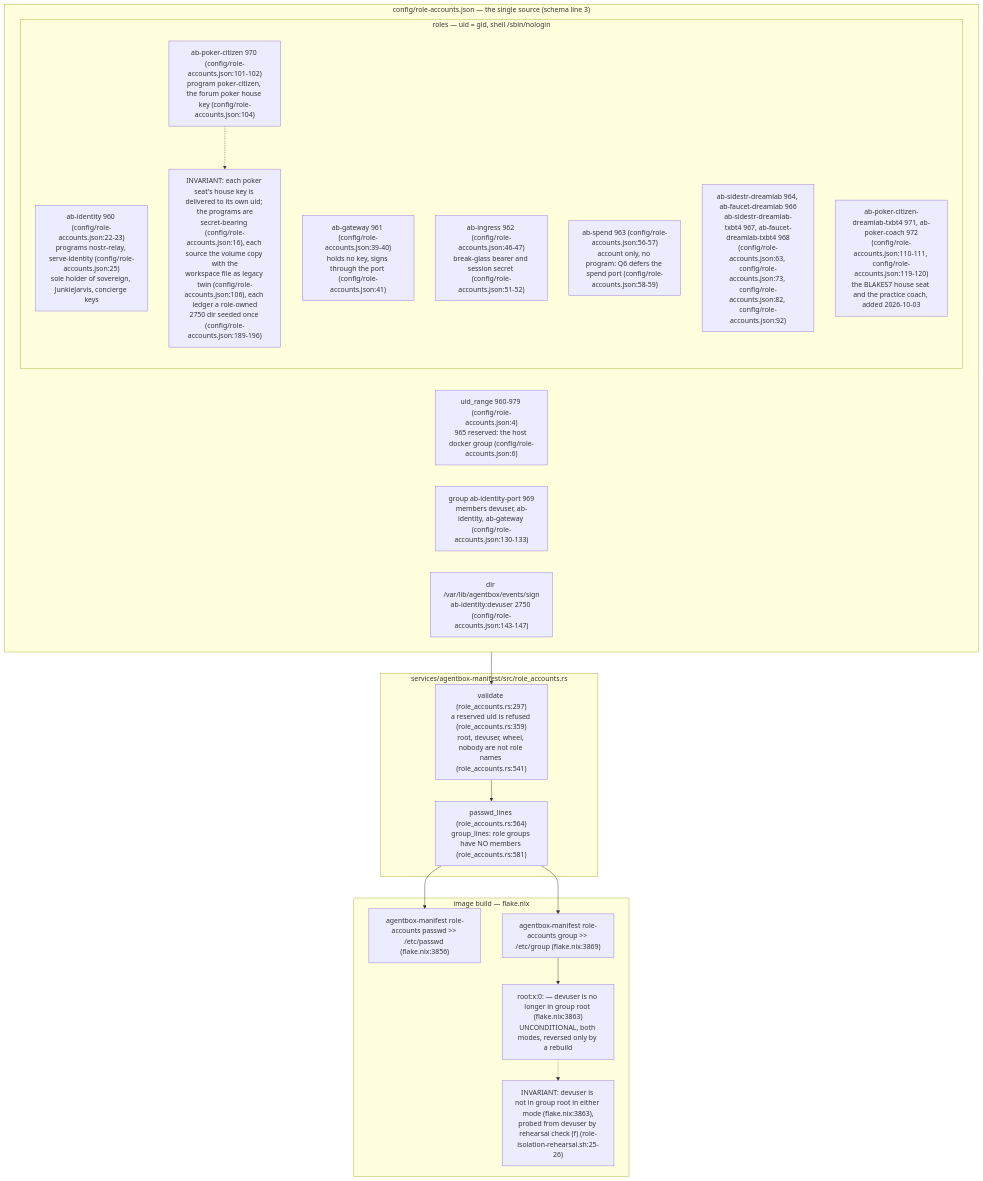
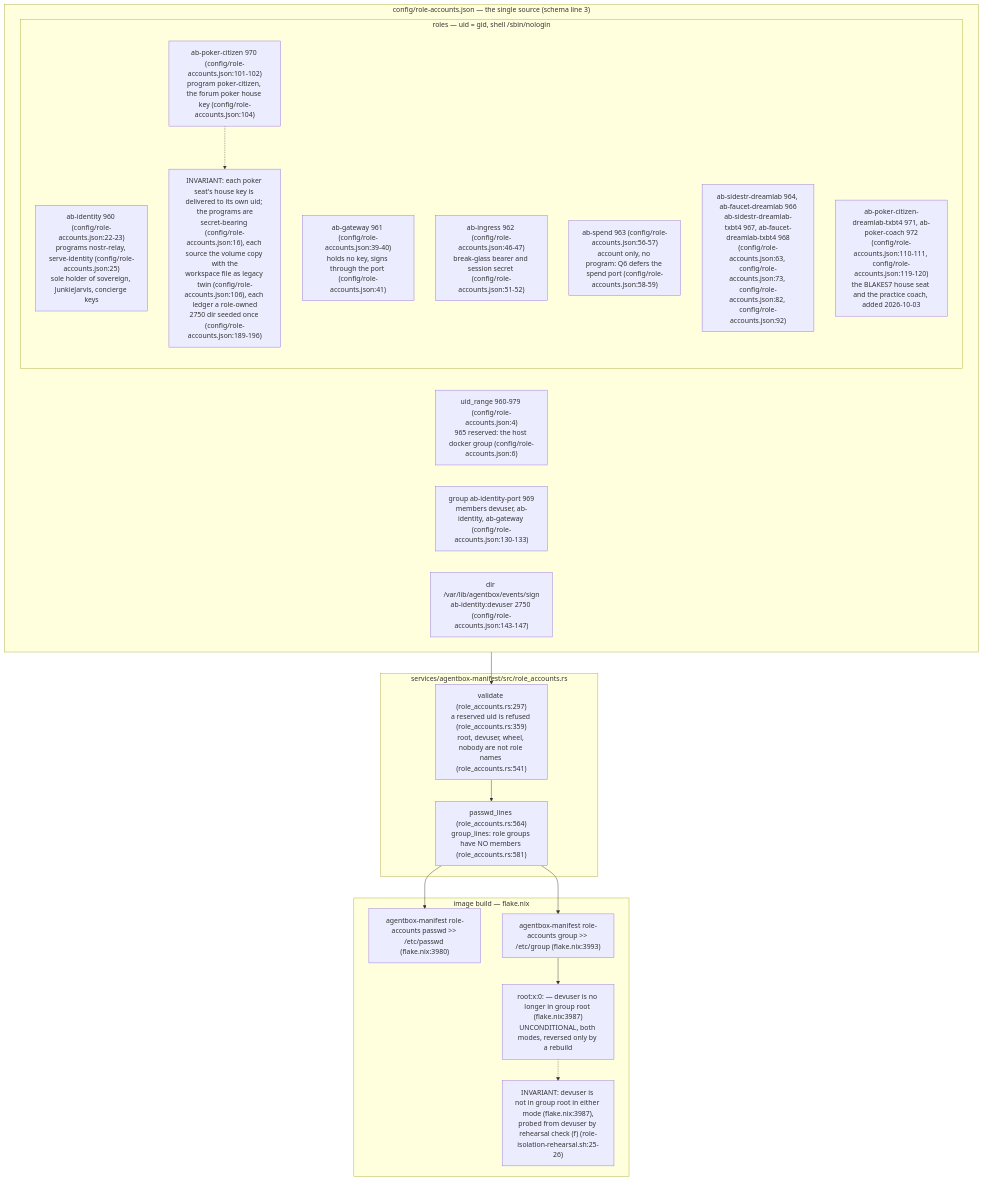
One commit to DreamLab-AI/VisionFlow changed the first of 7 diagrams in docs/diagrams/agentbox/36-role-isolation-and-identity-port.md. Above: the diagram before and after it, drawn with Mermaid. The commit also changed other lines of this file and 80 other files, not shown here.

First line of the commit message:
docs(diagrams): re-verify the agentbox, dreamlab, estate and visionflow corpus against current sources

````diff
--- a/docs/diagrams/agentbox/36-role-isolation-and-identity-port.md
+++ b/docs/diagrams/agentbox/36-role-isolation-and-identity-port.md
@@ -48,32 +46,32 @@
 ```mermaid
 flowchart TB
     subgraph TABLE["config/role-accounts.json — the single source (schema line 3)"]
         RANGE["uid_range 960-979 (config/role-accounts.json:4)<br/>965 reserved: the host docker group (config/role-accounts.json:6)"]
         subgraph ROLES["roles — uid = gid, shell /sbin/nologin"]
             ID["ab-identity 960 (config/role-accounts.json:22-23)<br/>programs nostr-relay, serve-identity (config/role-accounts.json:25)<br/>sole holder of sovereign, JunkieJarvis, concierge keys"]
             GW["ab-gateway 961 (config/role-accounts.json:39-40)<br/>holds no key, signs through the port (config/role-accounts.json:41)"]
             IN["ab-ingress 962 (config/role-accounts.json:46-47)<br/>break-glass bearer and session secret (config/role-accounts.json:51-52)"]
             SP["ab-spend 963 (config/role-accounts.json:56-57)<br/>account only, no program: Q6 defers the spend port (config/role-accounts.json:58-59)"]
             CH["ab-sidestr-dreamlab 964, ab-faucet-dreamlab 966<br/>ab-sidestr-dreamlab-txbt4 967, ab-faucet-dreamlab-txbt4 968<br/>(config/role-accounts.json:63, config/role-accounts.json:73, config/role-accounts.json:82, config/role-accounts.json:92)"]
             PK["ab-poker-citizen 970 (config/role-accounts.json:101-102)<br/>program poker-citizen, the forum poker house key (config/role-accounts.json:104)"]
             PK2["ab-poker-citizen-dreamlab-txbt4 971, ab-poker-coach 972<br/>(config/role-accounts.json:110-111, config/role-accounts.json:119-120)<br/>the BLAKES7 house seat and the practice coach, added 2026-10-03"]
             PK -.-> N2["INVARIANT: each poker seat's house key is delivered to its own uid; the programs are<br/>secret-bearing (config/role-accounts.json:16), each source the volume copy with the<br/>workspace file as legacy twin (config/role-accounts.json:106), each ledger a role-owned<br/>2750 dir seeded once (config/role-accounts.json:189-196)"]
         end
         GRP["group ab-identity-port 969<br/>members devuser, ab-identity, ab-gateway (config/role-accounts.json:130-133)"]
         DIR["dir /var/lib/agentbox/events/sign<br/>ab-identity:devuser 2750 (config/role-accounts.json:143-147)"]
     end
     subgraph BUILD["image build — flake.nix"]
-        PW["agentbox-manifest role-accounts passwd >> /etc/passwd (flake.nix:3856)"]
-        GR["agentbox-manifest role-accounts group >> /etc/group (flake.nix:3869)"]
-        ROOTG["root:x:0: — devuser is no longer in group root (flake.nix:3863)<br/>UNCONDITIONAL, both modes, reversed only by a rebuild"]
-        ROOTG -.-> N1["INVARIANT: devuser is not in group root in either mode (flake.nix:3863),<br/>probed from devuser by rehearsal check (f) (role-isolation-rehearsal.sh:25-26)"]
+        PW["agentbox-manifest role-accounts passwd >> /etc/passwd (flake.nix:3980)"]
+        GR["agentbox-manifest role-accounts group >> /etc/group (flake.nix:3993)"]
+        ROOTG["root:x:0: — devuser is no longer in group root (flake.nix:3987)<br/>UNCONDITIONAL, both modes, reversed only by a rebuild"]
+        ROOTG -.-> N1["INVARIANT: devuser is not in group root in either mode (flake.nix:3987),<br/>probed from devuser by rehearsal check (f) (role-isolation-rehearsal.sh:25-26)"]
     end
     subgraph RUST["services/agentbox-manifest/src/role_accounts.rs"]
         VAL["validate (role_accounts.rs:297)<br/>a reserved uid is refused (role_accounts.rs:359)<br/>root, devuser, wheel, nobody are not role names (role_accounts.rs:541)"]
         LINES["passwd_lines (role_accounts.rs:564)<br/>group_lines: role groups have NO members (role_accounts.rs:581)"]
     end
     TABLE --> VAL --> LINES
     LINES --> PW
     LINES --> GR
     GR --> ROOTG
 ```
````
